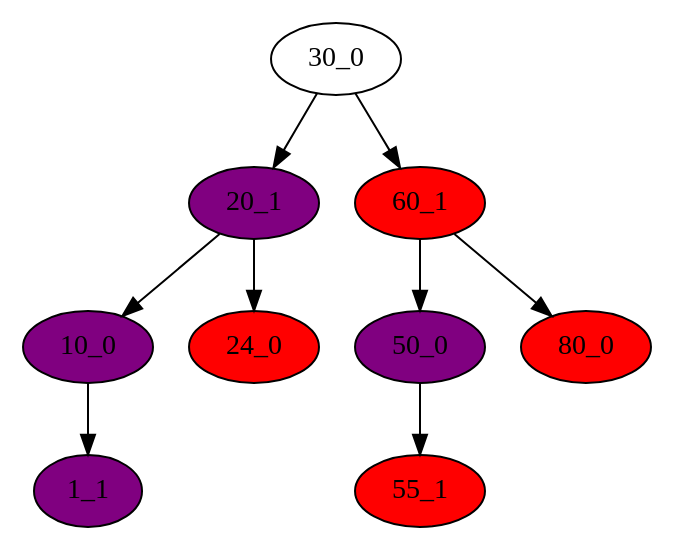
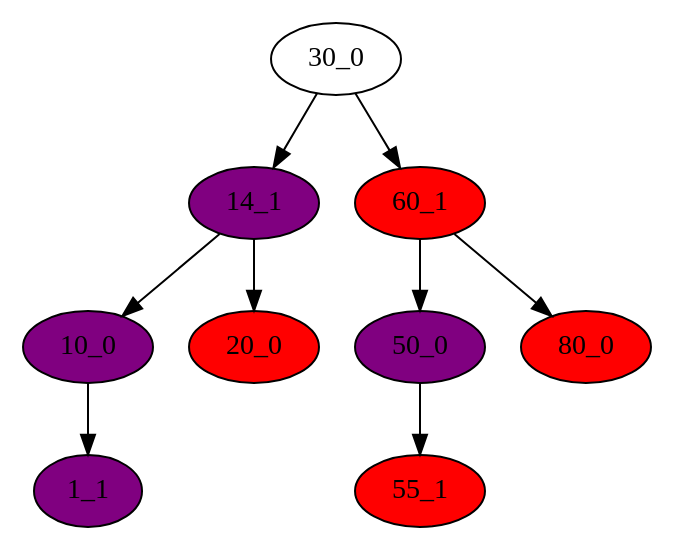
One commit to Leloana/ED-II changed the diagram in arvore.DOT. Above: the diagram before and after it, drawn with Graphviz. The commit also changed 3 other files, not shown here.

```diff
--- a/arvore.DOT
+++ b/arvore.DOT
@@ -1,36 +1,36 @@
 	digraph BinaryTree {
 
 		"1_1";
 		"10_0";
 		"10_0" -> "1_1";
 		"1_1"  [style=filled, fillcolor=purple, fontcolor=black];
 
-		"24_0";
-		"20_1";
-		"20_1" -> "10_0";
+		"20_0";
+		"14_1";
+		"14_1" -> "10_0";
 		"10_0"  [style=filled, fillcolor=purple, fontcolor=black];
 
-		"20_1"-> "24_0";
-		"24_0"  [style=filled, fillcolor=red, fontcolor=black];
+		"14_1"-> "20_0";
+		"20_0"  [style=filled, fillcolor=red, fontcolor=black];
 
 		"55_1";
 		"50_0";
 		"50_0"-> "55_1";
 		"55_1"  [style=filled, fillcolor=red, fontcolor=black];
 
 		"80_0";
 		"60_1";
 		"60_1" -> "50_0";
 		"50_0"  [style=filled, fillcolor=purple, fontcolor=black];
 
 		"60_1"-> "80_0";
 		"80_0"  [style=filled, fillcolor=red, fontcolor=black];
 
 		"30_0";
-		"30_0" -> "20_1";
-		"20_1"  [style=filled, fillcolor=purple, fontcolor=black];
+		"30_0" -> "14_1";
+		"14_1"  [style=filled, fillcolor=purple, fontcolor=black];
 
 		"30_0"-> "60_1";
 		"60_1"  [style=filled, fillcolor=red, fontcolor=black];
 
 	}
```
